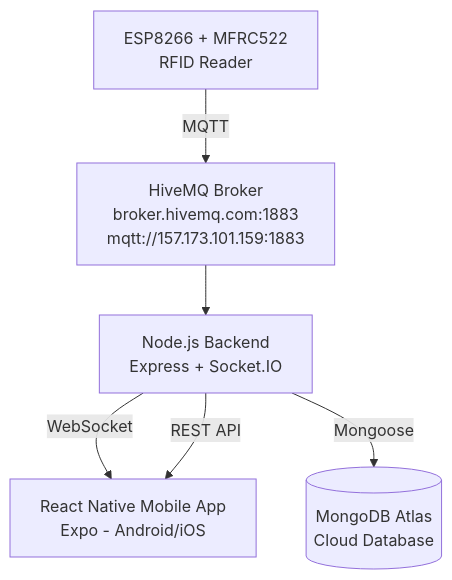
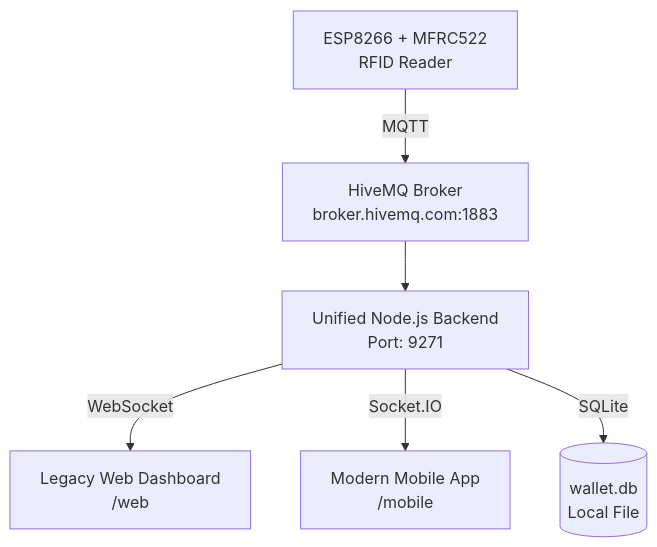
The diagram in README.md (Twarimitswe-Aaron/RFID_MQTT_ESP8266_MOBILE), drawn with Mermaid before and after one commit. The commit also changed other lines of this file, not shown here.

````diff
--- a/README.md
+++ b/README.md
@@ -22,8 +22,8 @@
 ```mermaid
 graph TB
-    A[ESP8266 + MFRC522<br/>RFID Reader] -->|MQTT| B[HiveMQ Broker<br/>broker.hivemq.com:1883<br/>mqtt://157.173.101.159:1883]
-    B --> C[Node.js Backend<br/>Express + Socket.IO]
-    C -->|WebSocket| D[React Native Mobile App<br/>Expo - Android/iOS]
-    C -->|REST API| D
-    C -->|Mongoose| E[(MongoDB Atlas<br/>Cloud Database)]
+    A[ESP8266 + MFRC522<br/>RFID Reader] -->|MQTT| B[HiveMQ Broker<br/>broker.hivemq.com:1883]
+    B --> C[Unified Node.js Backend<br/>Port: 9271]
+    C -->|WebSocket| W[Legacy Web Dashboard<br/>/web]
+    C -->|Socket.IO| D[Modern Mobile App<br/>/mobile]
+    C -->|SQLite| E[(wallet.db<br/>Local File)]
 ```
````
